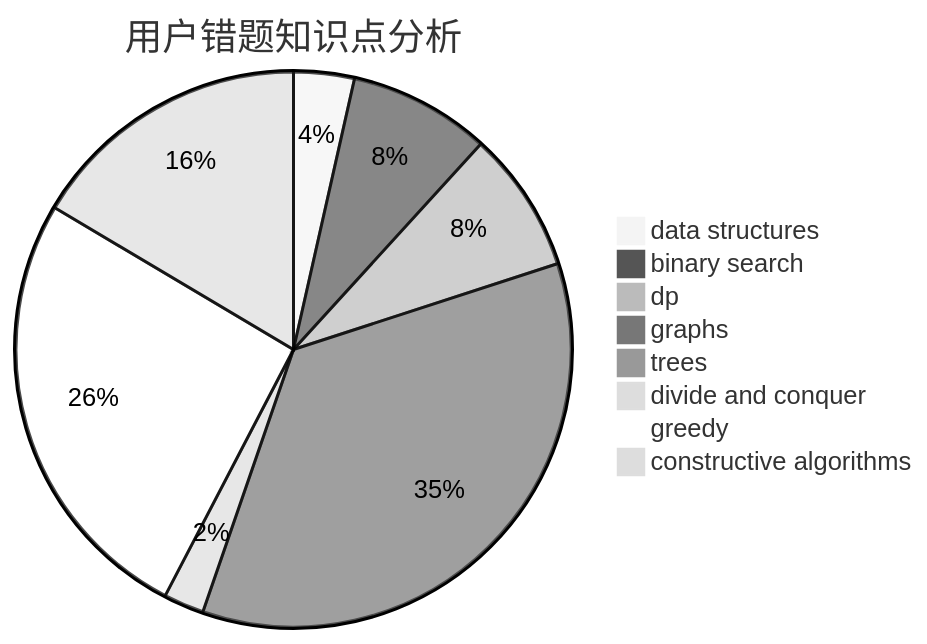
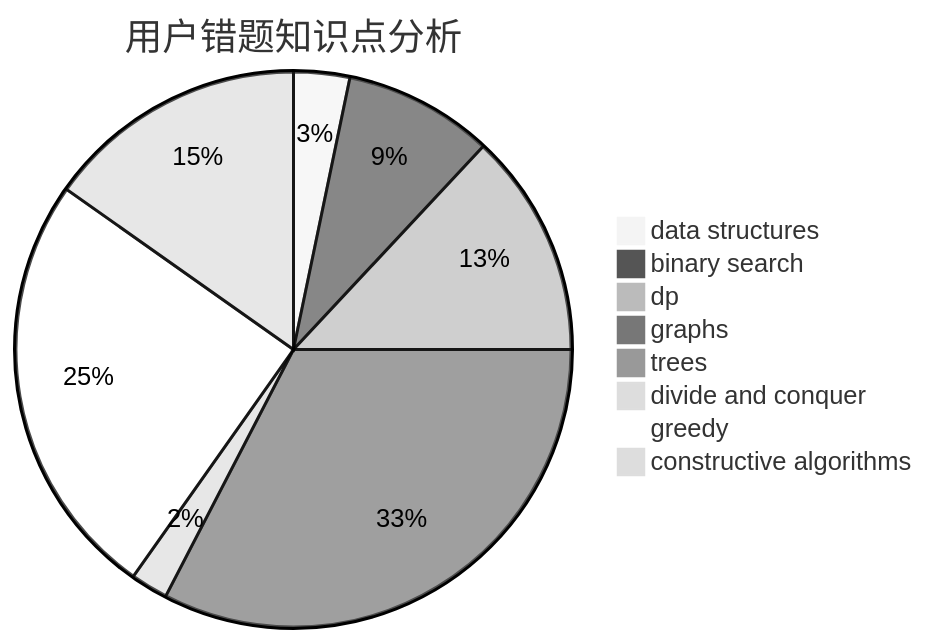
One commit to sherpahu/cfrs.github.io changed the third of 3 diagrams in docs/user/u226.md. Above: the diagram before and after it, drawn with Mermaid (neutral theme). The commit also changed other lines of this file and 2770 other files, not shown here.

````diff
--- a/docs/user/u226.md
+++ b/docs/user/u226.md
@@ -36,11 +36,11 @@
 ```mermaid
 pie title 用户错题知识点分析
     "data structures" :  3
-    "binary search" :  7
-    "dp" :  7
+    "binary search" :  8
+    "dp" :  12
     "graphs" :  30
     "trees" :  0
     "divide and conquer" :  2
-    "greedy" :  22
+    "greedy" :  23
     "constructive algorithms" :  14
 ```
````
